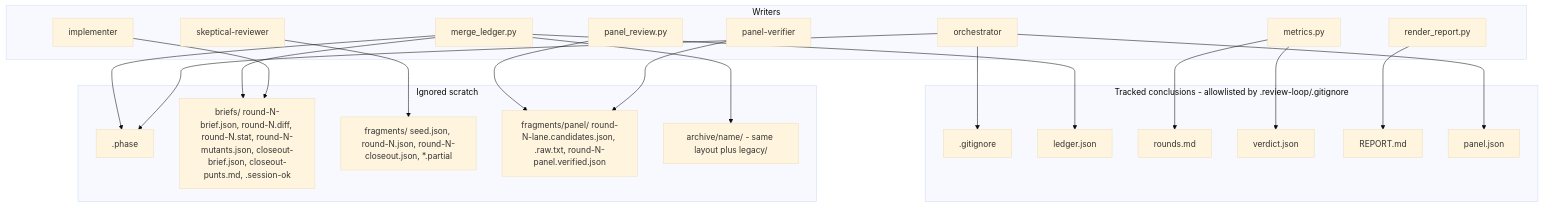
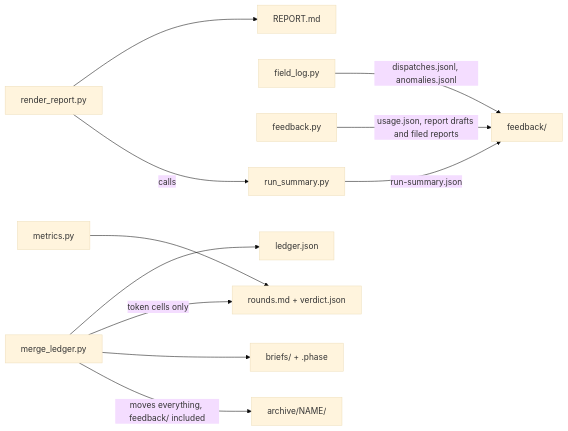
One commit to peterlit/quiller-claude-plugins changed the sixth of 30 diagrams in docs/architecture/review-loop-tools.md. Above: the diagram before and after it, drawn with Mermaid (base theme). The commit also changed other lines of this file and 5 other files, not shown here.

````diff
--- a/docs/architecture/review-loop-tools.md
+++ b/docs/architecture/review-loop-tools.md
@@ -535,42 +985,25 @@
 ```mermaid
-flowchart TB
-    subgraph TRACKED["Tracked conclusions - allowlisted by .review-loop/.gitignore"]
-        GI[".gitignore"]
-        LJ["ledger.json"]
-        RM["rounds.md"]
-        VJ["verdict.json"]
-        RP["REPORT.md"]
-        PJ["panel.json"]
-    end
-    subgraph SCRATCH["Ignored scratch"]
-        PH[".phase"]
-        BR["briefs/ round-N-brief.json, round-N.diff, round-N.stat, round-N-mutants.json, closeout-brief.json, closeout-punts.md, .session-ok"]
-        FR["fragments/ seed.json, round-N.json, round-N-closeout.json, *.partial"]
-        FP["fragments/panel/ round-N-lane.candidates.json, .raw.txt, round-N-panel.verified.json"]
-        AR["archive/name/ - same layout plus legacy/"]
-    end
-    subgraph WRITERS["Writers"]
-        ML["merge_ledger.py"]
-        MET["metrics.py"]
-        RR["render_report.py"]
-        PR["panel_review.py"]
-        REV["skeptical-reviewer"]
-        PV["panel-verifier"]
-        IMPL["implementer"]
-        ORCH["orchestrator"]
-    end
+flowchart LR
+    ML["merge_ledger.py"]
+    MET["metrics.py"]
+    RR["render_report.py"]
+    RS["run_summary.py"]
+    FL["field_log.py"]
+    FB["feedback.py"]
+    LJ["ledger.json"]
+    RV["rounds.md + verdict.json"]
+    RP["REPORT.md"]
+    BR["briefs/ + .phase"]
+    FD["feedback/"]
+    AR["archive/NAME/"]
     ML --> LJ
+    ML -->|"token cells only"| RV
     ML --> BR
-    ML --> PH
-    ML --> AR
-    MET --> RM
-    MET --> VJ
+    ML -->|"moves everything, feedback/ included"| AR
+    MET --> RV
     RR --> RP
-    PR --> FP
-    PV --> FP
-    REV --> FR
-    IMPL --> BR
-    ORCH --> PH
-    ORCH --> GI
-    ORCH --> PJ
+    RR -->|"calls"| RS
+    RS -->|"run-summary.json"| FD
+    FL -->|"dispatches.jsonl, anomalies.jsonl"| FD
+    FB -->|"usage.json, report drafts and filed reports"| FD
 ```
````
